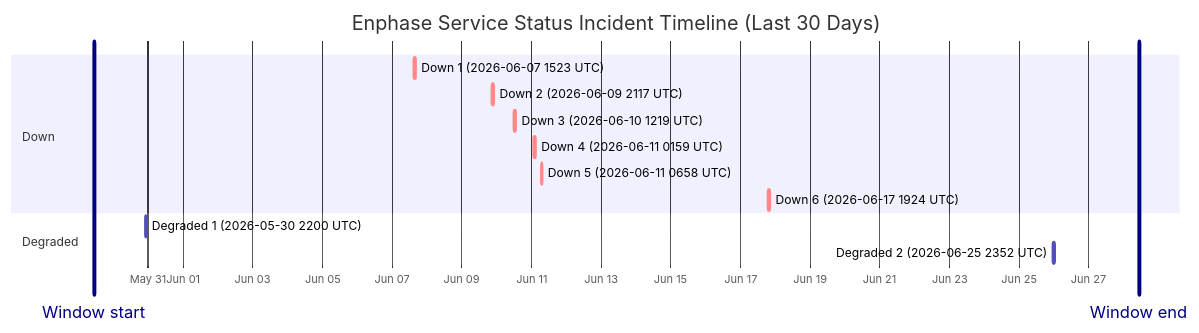
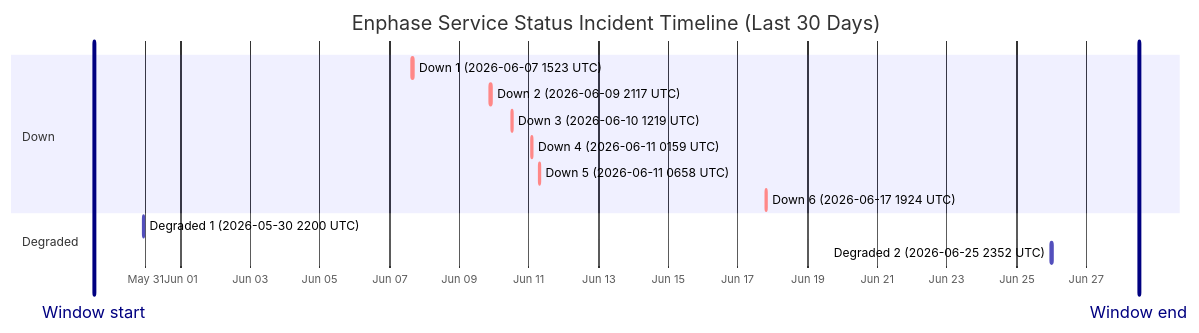
One commit to barneyonline/ha-enphase-energy changed the diagram in wiki/Service-Status-History.md. Above: the diagram before and after it, drawn with Mermaid. The commit also changed other lines of this file and 3 other files, not shown here.

````diff
--- a/wiki/Service-Status-History.md
+++ b/wiki/Service-Status-History.md
@@ -14,18 +14,18 @@
 ```mermaid
 gantt
     title Enphase Service Status Incident Timeline (Last 30 Days)
     dateFormat  YYYY-MM-DDTHH:mm:ss
     axisFormat  %b %d
-    Window start :vert, window-start, 2026-05-29T10:39:59, 0ms
-    Window end :vert, window-end, 2026-06-28T10:39:59, 0ms
+    Window start :vert, window-start, 2026-05-29T12:15:27, 0ms
+    Window end :vert, window-end, 2026-06-28T12:15:27, 0ms
     section Down
     Down 1 (2026-06-07 1523 UTC) :crit, down-1, 2026-06-07T15:23:22, 87m
     Down 2 (2026-06-09 2117 UTC) :crit, down-2, 2026-06-09T21:17:17, 60m
     Down 3 (2026-06-10 1219 UTC) :crit, down-3, 2026-06-10T12:19:21, 60m
     Down 4 (2026-06-11 0159 UTC) :crit, down-4, 2026-06-11T01:59:36, 60m
     Down 5 (2026-06-11 0658 UTC) :crit, down-5, 2026-06-11T06:58:45, 60m
     Down 6 (2026-06-17 1924 UTC) :crit, down-6, 2026-06-17T19:24:51, 60m
     section Degraded
     Degraded 1 (2026-05-30 2200 UTC) :active, degraded-1, 2026-05-30T22:00:37, 60m
     Degraded 2 (2026-06-25 2352 UTC) :active, degraded-2, 2026-06-25T23:52:01, 60m
 ```
````
